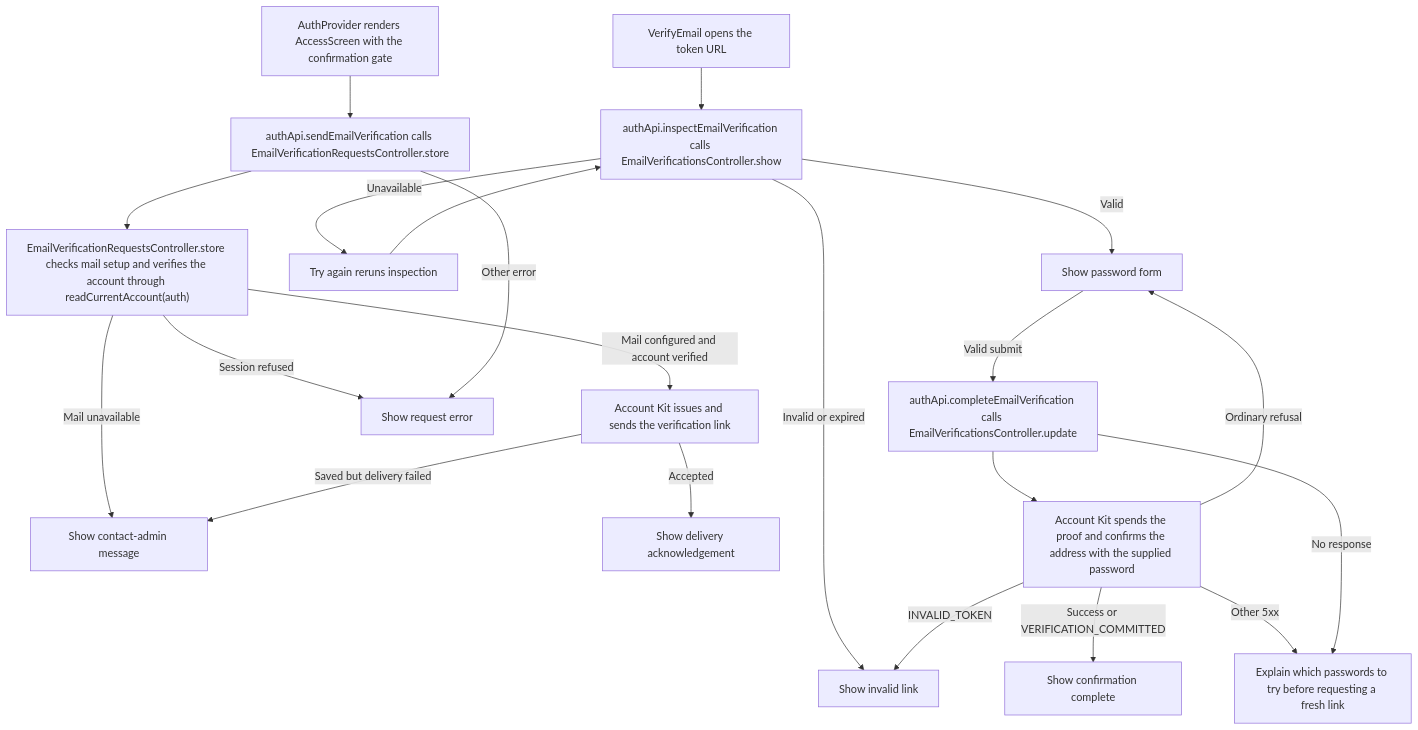
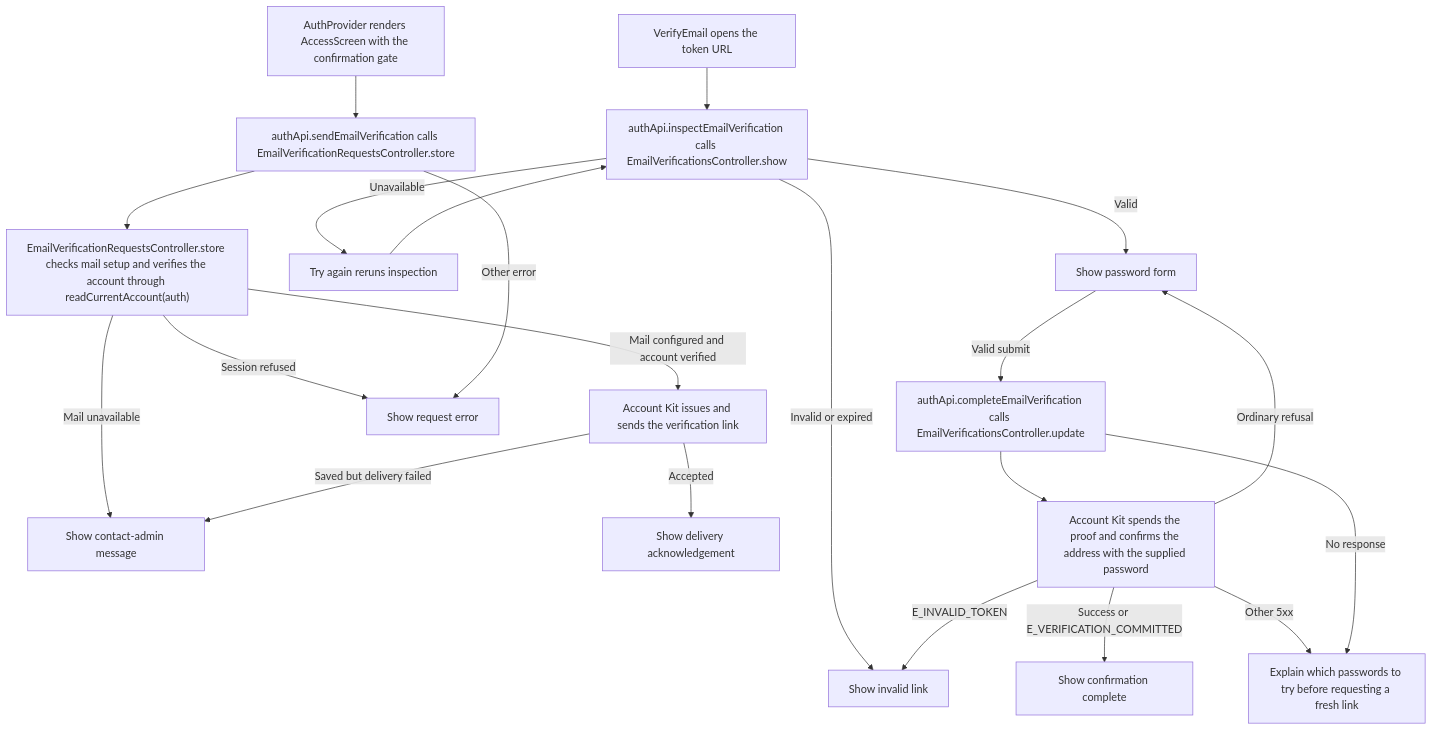
Before and after one commit to Kevinjohn/capacitylens: the second of 2 diagrams in user-stories/account/US-ACCOUNT-07-confirm-email.md, drawn with Mermaid. The commit also changed 72 other files, not shown here.

````diff
--- a/user-stories/account/US-ACCOUNT-07-confirm-email.md
+++ b/user-stories/account/US-ACCOUNT-07-confirm-email.md
@@ -35,23 +35,23 @@
 ```mermaid
 flowchart TD
   gate["AuthProvider renders AccessScreen with the confirmation gate"] --> send["authApi.sendEmailVerification calls EmailVerificationRequestsController.store"]
   send --> check["EmailVerificationRequestsController.store checks mail setup and verifies the account through readCurrentAccount(auth)"]
   check -->|Mail configured and account verified| kitMail["Account Kit issues and sends the verification link"]
   check -->|Mail unavailable| admin
   check -->|Session refused| sendError
   kitMail -->|Accepted| sent["Show delivery acknowledgement"]
   kitMail -->|Saved but delivery failed| admin["Show contact-admin message"]
   send -->|Other error| sendError["Show request error"]
   link["VerifyEmail opens the token URL"] --> inspect["authApi.inspectEmailVerification calls EmailVerificationsController.show"]
   inspect -->|Unavailable| retry["Try again reruns inspection"]
   retry --> inspect
   inspect -->|Invalid or expired| invalid["Show invalid link"]
   inspect -->|Valid| form["Show password form"]
   form -->|Valid submit| complete["authApi.completeEmailVerification calls EmailVerificationsController.update"]
   complete --> kit["Account Kit spends the proof and confirms the address with the supplied password"]
-  kit -->|Success or VERIFICATION_COMMITTED| done["Show confirmation complete"]
-  kit -->|INVALID_TOKEN| invalid
+  kit -->|Success or E_VERIFICATION_COMMITTED| done["Show confirmation complete"]
+  kit -->|E_INVALID_TOKEN| invalid
   kit -->|Ordinary refusal| form
   kit -->|Other 5xx| uncertain["Explain which passwords to try before requesting a fresh link"]
   complete -->|No response| uncertain
 ```
````
